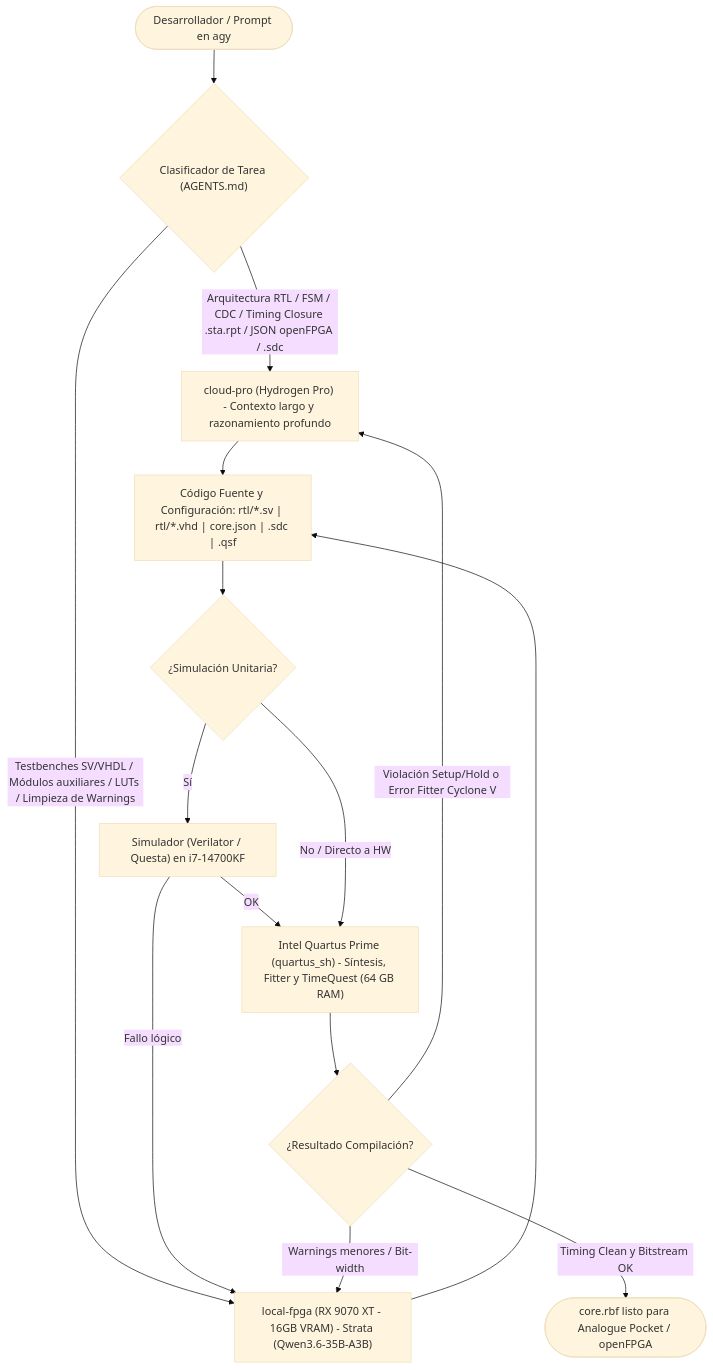
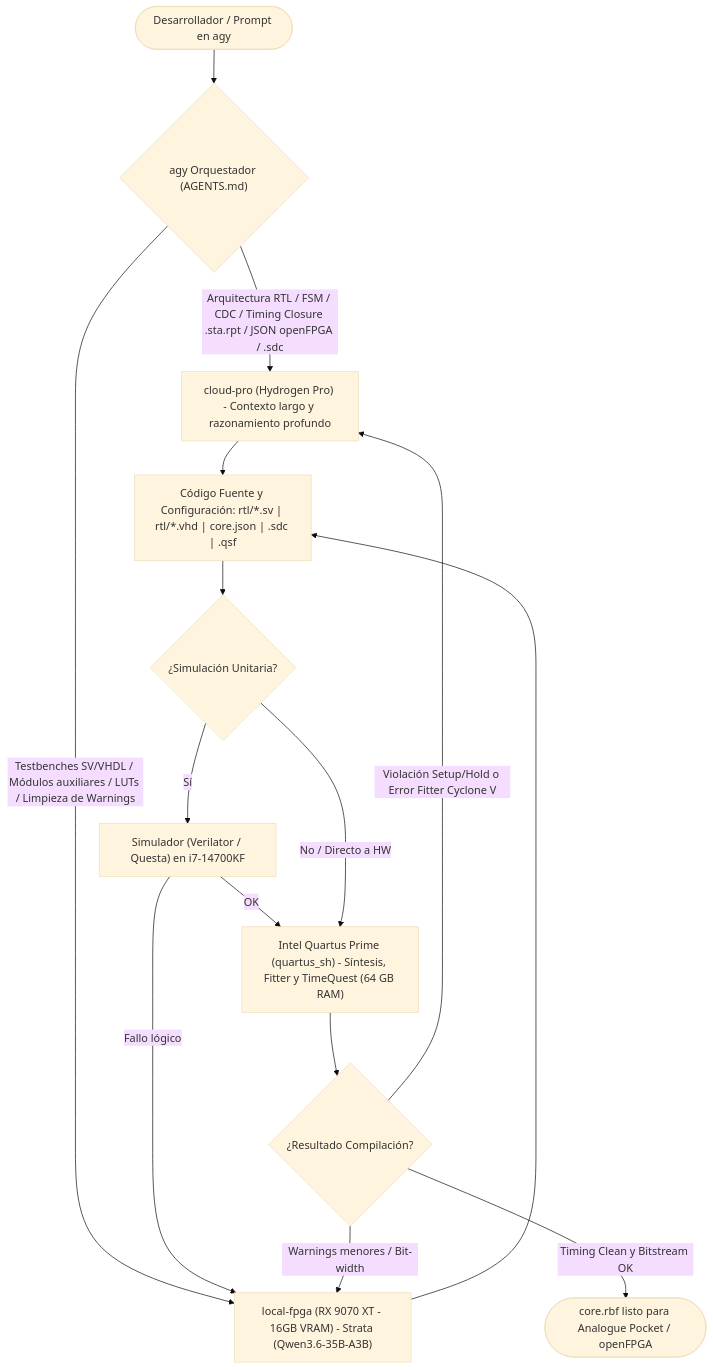
Before and after one commit to DanimanX/9070FpgaIAWorkflow: the third of 3 diagrams in docs/ai-fpga-workflow.md, drawn with Mermaid (base theme). The commit also changed other lines of this file and 1 other file, not shown here.

Commit message:
docs: add Strata -> agy integration and orchestration process diagrams

````diff
--- a/docs/ai-fpga-workflow.md
+++ b/docs/ai-fpga-workflow.md
@@ -7,27 +85,27 @@
 ```mermaid
 flowchart TD
-    Dev(["Desarrollador / Prompt en agy"]) --> Router{"Clasificador de Tarea (AGENTS.md)"}
+    Dev(["Desarrollador / Prompt en agy"]) --> Agy{"agy Orquestador (AGENTS.md)"}
 
     %% Rama Cloud Pro
-    Router -->|"Arquitectura RTL / FSM / CDC / Timing Closure .sta.rpt / JSON openFPGA / .sdc"| Cloud["cloud-pro (Hydrogen Pro) - Contexto largo y razonamiento profundo"]
+    Agy -->|"Arquitectura RTL / FSM / CDC / Timing Closure .sta.rpt / JSON openFPGA / .sdc"| Cloud["cloud-pro (Hydrogen Pro) - Contexto largo y razonamiento profundo"]
 
     %% Rama Local RX 9070 XT con Strata
-    Router -->|"Testbenches SV/VHDL / Módulos auxiliares / LUTs / Limpieza de Warnings"| Local["local-fpga (RX 9070 XT - 16GB VRAM) - Strata (Qwen3.6-35B-A3B)"]
+    Agy -->|"Testbenches SV/VHDL / Módulos auxiliares / LUTs / Limpieza de Warnings"| Local["local-fpga (RX 9070 XT - 16GB VRAM) - Strata (Qwen3.6-35B-A3B)"]
 
     %% Convergencia en código
     Cloud --> RTL["Código Fuente y Configuración: rtl/*.sv | rtl/*.vhd | core.json | .sdc | .qsf"]
     Local --> RTL
 
     %% Flujo de Verificación y Síntesis
     RTL --> Sim{"¿Simulación Unitaria?"}
     Sim -->|"Sí"| Verilator["Simulador (Verilator / Questa) en i7-14700KF"]
     Verilator -->|"Fallo lógico"| Local
     Verilator -->|"OK"| Quartus
 
     Sim -->|"No / Directo a HW"| Quartus["Intel Quartus Prime (quartus_sh) - Síntesis, Fitter y TimeQuest (64 GB RAM)"]
 
     Quartus --> Check{"¿Resultado Compilación?"}
     Check -->|"Warnings menores / Bit-width"| Local
     Check -->|"Violación Setup/Hold o Error Fitter Cyclone V"| Cloud
     Check -->|"Timing Clean y Bitstream OK"| Bitstream(["core.rbf listo para Analogue Pocket / openFPGA"])
 ```
````
